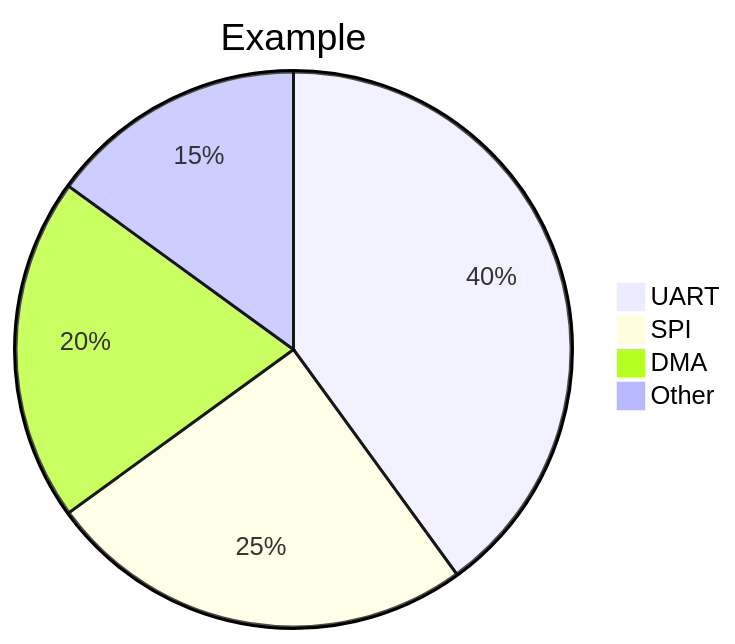
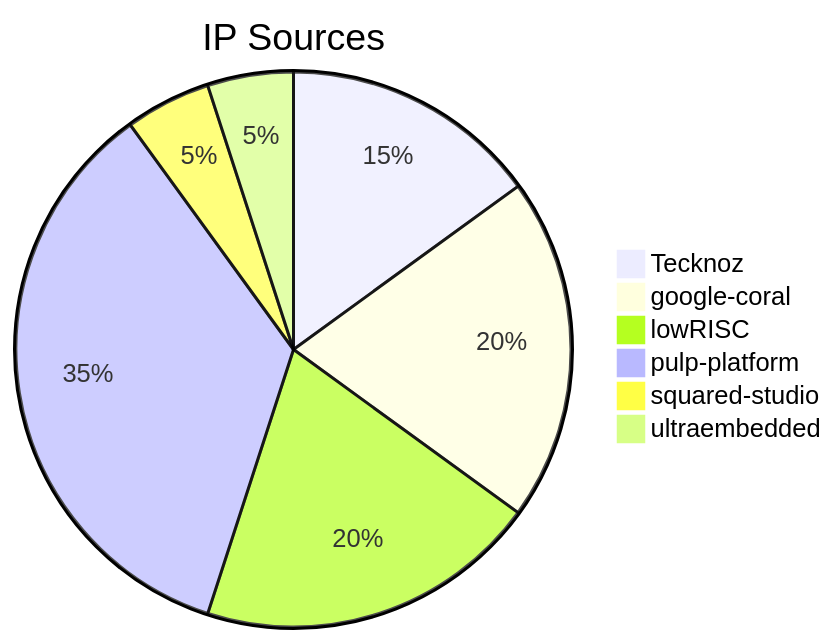
The diagram in README.md (TecknozBD/Hyper-Titan), drawn with Mermaid before and after one commit. The commit also changed other lines of this file and 1 other file, not shown here.

Commit message:
modified:   document/readme_others.md

````diff
--- a/README.md
+++ b/README.md
@@ -118,7 +116,9 @@
 ```mermaid
-pie title Example
-  "UART" : 40
-  "SPI"  : 25
-  "DMA"  : 20
-  "Other": 15
+pie title IP Sources
+  "Tecknoz" : 15
+  "google-coral" : 20
+  "lowRISC" : 20
+  "pulp-platform" : 35
+  "squared-studio": 5
+  "ultraembedded": 5
 ```
````
